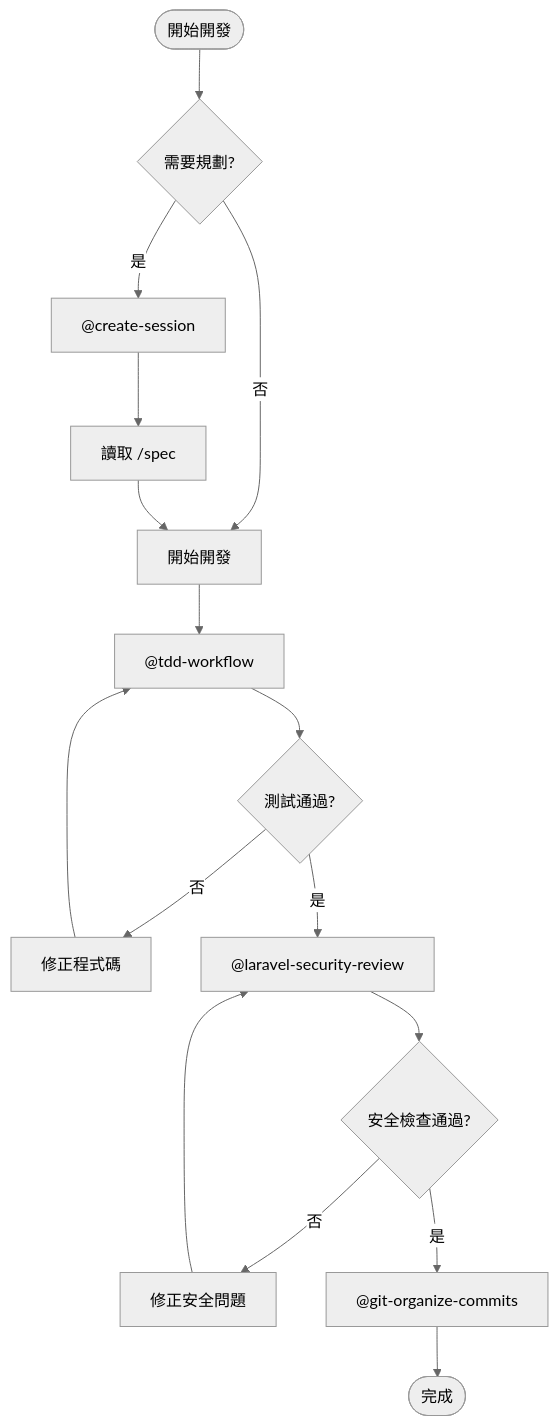
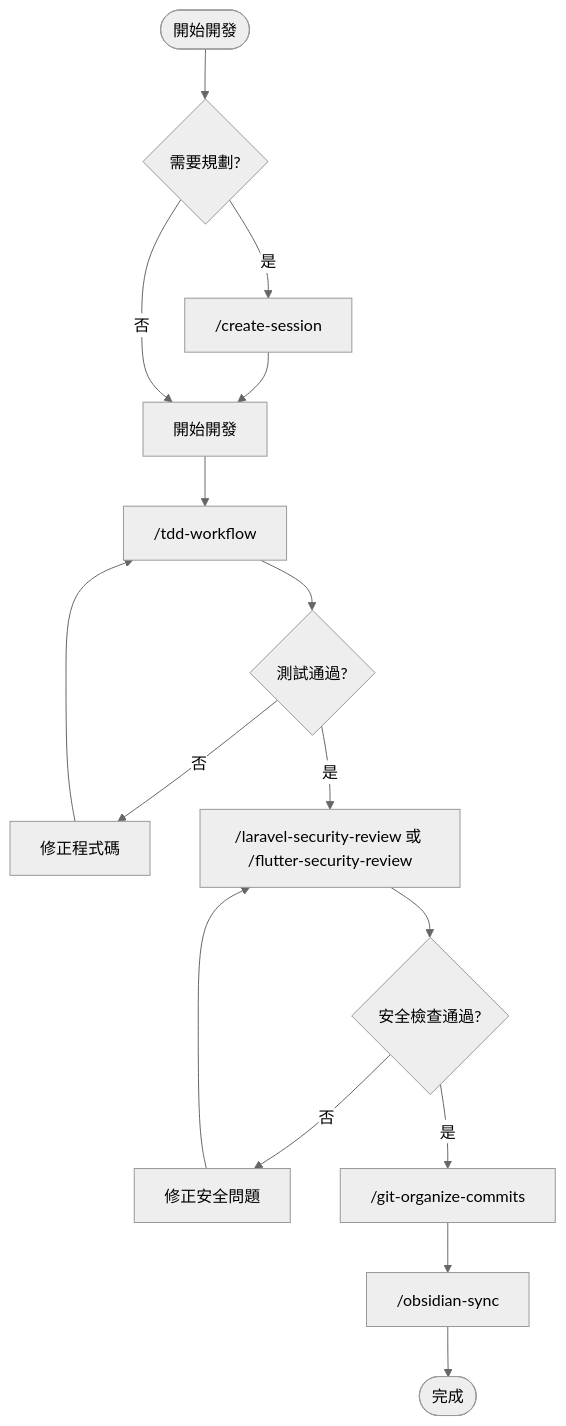
One commit to kiddchantw/cc_setting changed the third of 3 diagrams in README.md. Above: the diagram before and after it, drawn with Mermaid (neutral theme). The commit also changed other lines of this file, not shown here.

````diff
--- a/README.md
+++ b/README.md
@@ -130,25 +207,24 @@
 ```mermaid
 flowchart TD
     Start(["開始開發"]) --> Plan{"需要規劃?"}
 
-    Plan -->|是| CreateSession["@create-session"]
-    CreateSession --> ReadSpec["讀取 /spec"]
+    Plan -->|是| CreateSession["/create-session"]
+    CreateSession --> Dev["開始開發"]
+    Plan -->|否| Dev
 
-    Plan -->|否| Dev["開始開發"]
-    ReadSpec --> Dev
-
-    Dev --> TDD["@tdd-workflow"]
+    Dev --> TDD["/tdd-workflow"]
     TDD --> Test{"測試通過?"}
 
     Test -->|否| Fix["修正程式碼"]
     Fix --> TDD
 
-    Test -->|是| Security["@laravel-security-review"]
+    Test -->|是| Security["/laravel-security-review 或 /flutter-security-review"]
     Security --> SecOK{"安全檢查通過?"}
 
     SecOK -->|否| FixSec["修正安全問題"]
     FixSec --> Security
 
-    SecOK -->|是| Commit["@git-organize-commits"]
-    Commit --> End(["完成"])
+    SecOK -->|是| Commit["/git-organize-commits"]
+    Commit --> Sync["/obsidian-sync"]
+    Sync --> End(["完成"])
 ```
````
